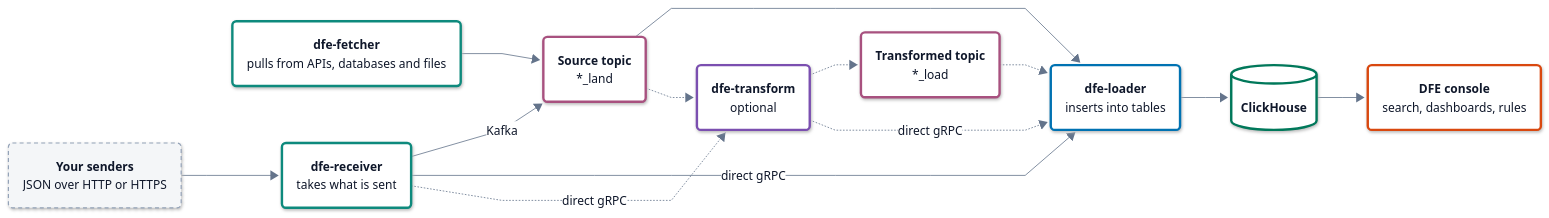
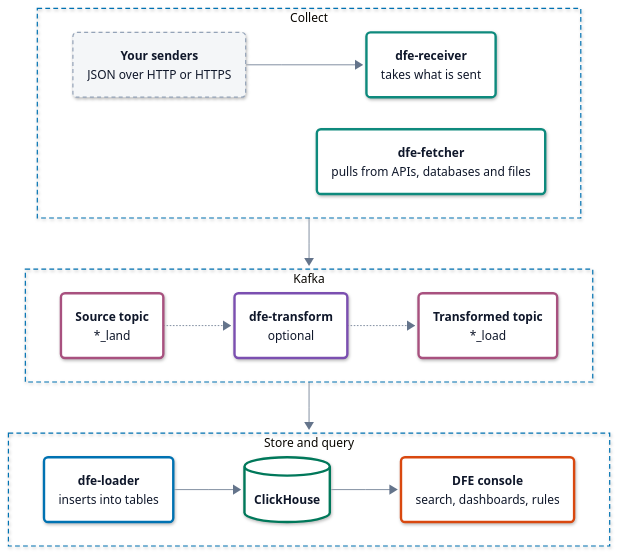
The diagram in docs-site/content-root/README.md (hyperi-io/dfe-infra), drawn with Mermaid before and after one commit. The commit also changed other lines of this file, not shown here.

Commit message:
fix(docs-site): lay the overview data path out in three rows (#1150)
* fix(docs-site): draw the overview data path top to bottom

The overview diagram's eight steps ran left to right across about 2,100 px. The site's 1,100 px column shrank its text to about half size. Top to bottom it fits the column and renders at full size.

* fix(docs-site): lay the overview data path out in three rows

Collect, Kafka, and store and query each run left to right, stacked top to bottom. The diagram is about 1,100 by 550 px, so it fits the site's column with its text at full size. A single row of eight steps was half size. A single column wasted the width.

* fix(docs-site): leave the gRPC bypass out of the overview diagram

The bypass arrow pushed the store row sideways, making the diagram about 1,320 px wide. Without it the diagram is about 1,010 px. The paragraph under the diagram says the lean profiles skip Kafka.

* fix(docs-site): drop the sentence that restates the overview diagram

````diff
--- a/docs-site/content-root/README.md
+++ b/docs-site/content-root/README.md
@@ -64,27 +62,31 @@
     .ui .label-icon{color:#D9480F}
     .ext .label-icon{color:#64748B}
 ---
-flowchart LR
+flowchart TB
   accTitle: L2 Services -- DFE data path
-  accDescr: Senders post JSON to dfe-receiver and dfe-fetcher pulls from APIs, databases and files. Both write to a source topic that dfe-loader inserts into ClickHouse, optionally through a transform, and the DFE console reads ClickHouse.
-  S("<b>Your senders</b><br/><span>JSON over HTTP or HTTPS</span>")
-  F("<b>dfe-fetcher</b><br/><span>pulls from APIs, databases and files</span>")
-  R("<b>dfe-receiver</b><br/><span>takes what is sent</span>")
-  K1("<b>Source topic</b><br/><span>*_land</span>")
-  T("<b>dfe-transform</b><br/><span>optional</span>")
-  K2("<b>Transformed topic</b><br/><span>*_load</span>")
-  L("<b>dfe-loader</b><br/><span>inserts into tables</span>")
-  C[("<b>ClickHouse</b>")]
-  H("<b>DFE console</b><br/><span>search, dashboards, rules</span>")
-  S --> R
-  R -->|Kafka| K1
-  F --> K1
-  K1 --> L
-  K1 -.-> T -.-> K2 -.-> L
-  R -->|direct gRPC| L
-  R -.->|direct gRPC| T -.->|direct gRPC| L
-  L --> C
-  C --> H
+  accDescr: dfe-receiver takes what your senders post and dfe-fetcher pulls from APIs, databases and files. Both write to Kafka, where an optional transform turns the source topic into a transformed one. dfe-loader inserts into ClickHouse, and the DFE console reads it.
+  subgraph IN["Collect"]
+    direction LR
+    S("<b>Your senders</b><br/><span>JSON over HTTP or HTTPS</span>")
+    R("<b>dfe-receiver</b><br/><span>takes what is sent</span>")
+    F("<b>dfe-fetcher</b><br/><span>pulls from APIs, databases and files</span>")
+    S --> R
+  end
+  subgraph BUS["Kafka"]
+    direction LR
+    K1("<b>Source topic</b><br/><span>*_land</span>")
+    T("<b>dfe-transform</b><br/><span>optional</span>")
+    K2("<b>Transformed topic</b><br/><span>*_load</span>")
+    K1 -.-> T -.-> K2
+  end
+  subgraph OUT["Store and query"]
+    direction LR
+    L("<b>dfe-loader</b><br/><span>inserts into tables</span>")
+    C[("<b>ClickHouse</b>")]
+    H("<b>DFE console</b><br/><span>search, dashboards, rules</span>")
+    L --> C --> H
+  end
+  IN --> BUS --> OUT
   class S ext
   class R,F ingest
   class K1,K2 bus
@@ -103,4 +105,7 @@
   classDef error fill:#FFFFFF,stroke:#C2410C,stroke-width:3px,color:#0F172A
   classDef control fill:#FFFFFF,stroke:#334155,stroke-width:3px,color:#0F172A
   classDef part fill:#FFFFFF,stroke:#94A3B8,stroke-width:1.5px,color:#0F172A
+  style IN fill:none,stroke:#0072B2,stroke-width:1.5px,stroke-dasharray:6 4
+  style BUS fill:none,stroke:#0072B2,stroke-width:1.5px,stroke-dasharray:6 4
+  style OUT fill:none,stroke:#0072B2,stroke-width:1.5px,stroke-dasharray:6 4
 ```
````
